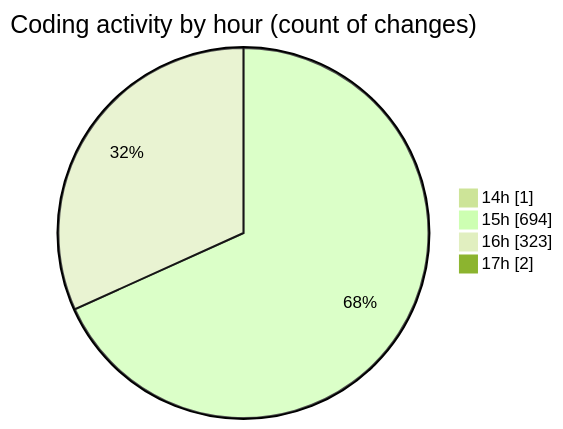
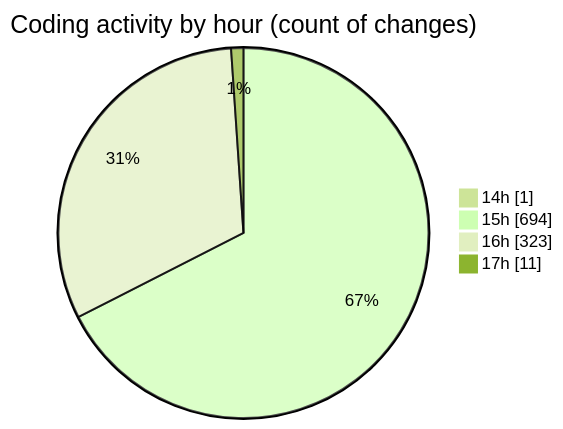
One commit to nxtqubesakshisongat/code-tracking changed the second of 2 diagrams in 2025-04-10/nxtqube_webapp/README.md. Above: the diagram before and after it, drawn with Mermaid (forest theme). The commit also changed other lines of this file and 1 other file, not shown here.

````diff
--- a/2025-04-10/nxtqube_webapp/README.md
+++ b/2025-04-10/nxtqube_webapp/README.md
@@ -32,8 +34,8 @@
 ```mermaid
 pie showData
 title Coding activity by hour (count of changes)
 "14h" : 1
 "15h" : 694
 "16h" : 323
-"17h" : 2
+"17h" : 11
 ```
````
